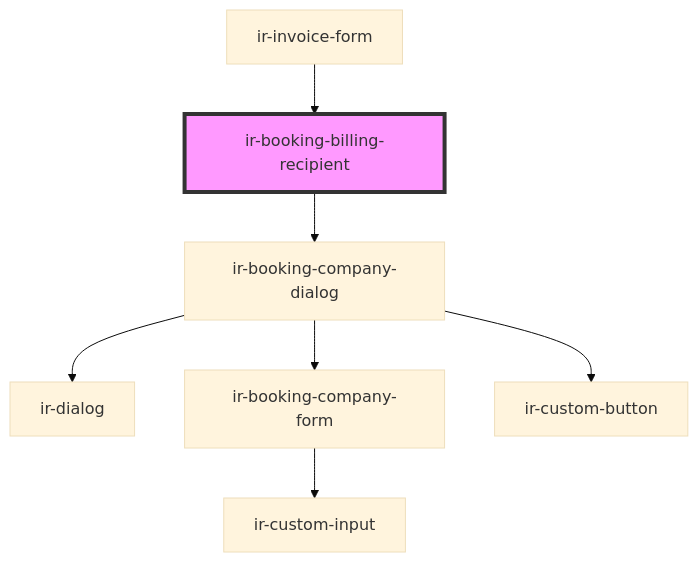
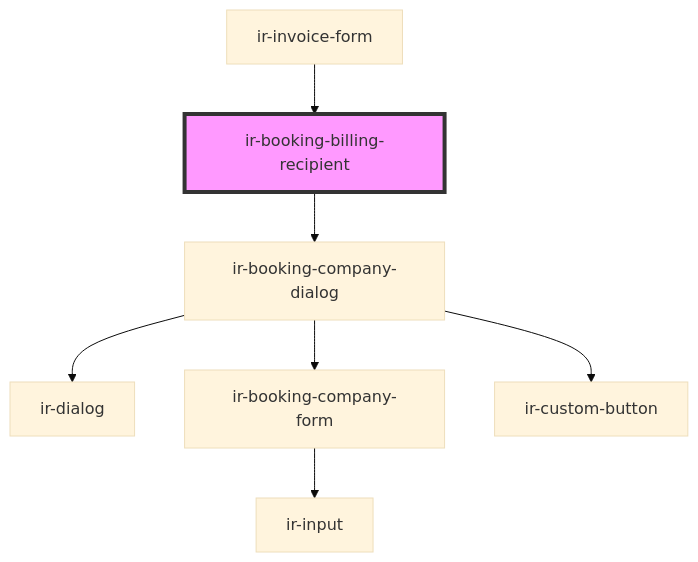
Before and after one commit to David1Chowaifaty/modified-ir-webcmp: the diagram in src/components/ir-booking-billing-recipient/readme.md, drawn with Mermaid (base theme). The commit also changed 38 other files, not shown here.

````diff
--- a/src/components/ir-booking-billing-recipient/readme.md
+++ b/src/components/ir-booking-billing-recipient/readme.md
@@ -33,10 +33,10 @@
 ```mermaid
 graph TD;
   ir-booking-billing-recipient --> ir-booking-company-dialog
   ir-booking-company-dialog --> ir-dialog
   ir-booking-company-dialog --> ir-booking-company-form
   ir-booking-company-dialog --> ir-custom-button
-  ir-booking-company-form --> ir-custom-input
+  ir-booking-company-form --> ir-input
   ir-invoice-form --> ir-booking-billing-recipient
   style ir-booking-billing-recipient fill:#f9f,stroke:#333,stroke-width:4px
 ```
````
